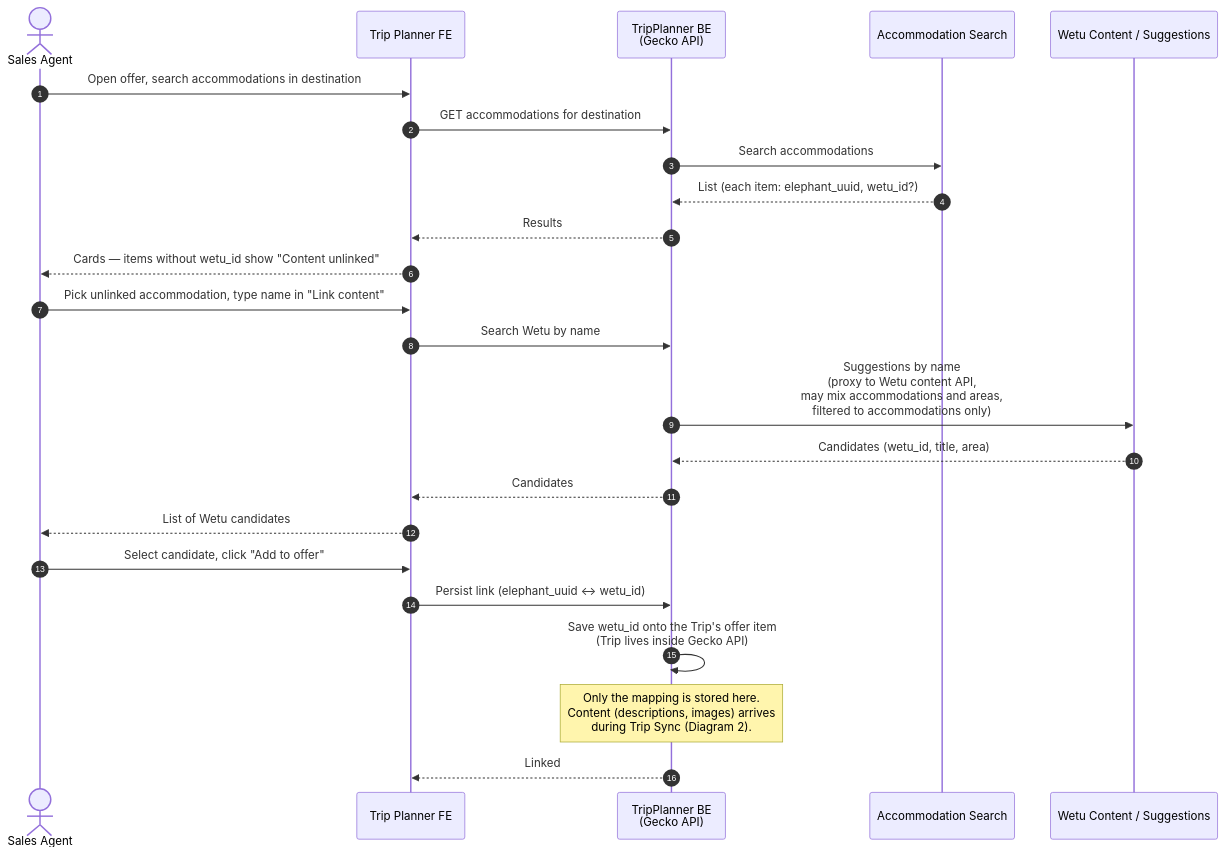
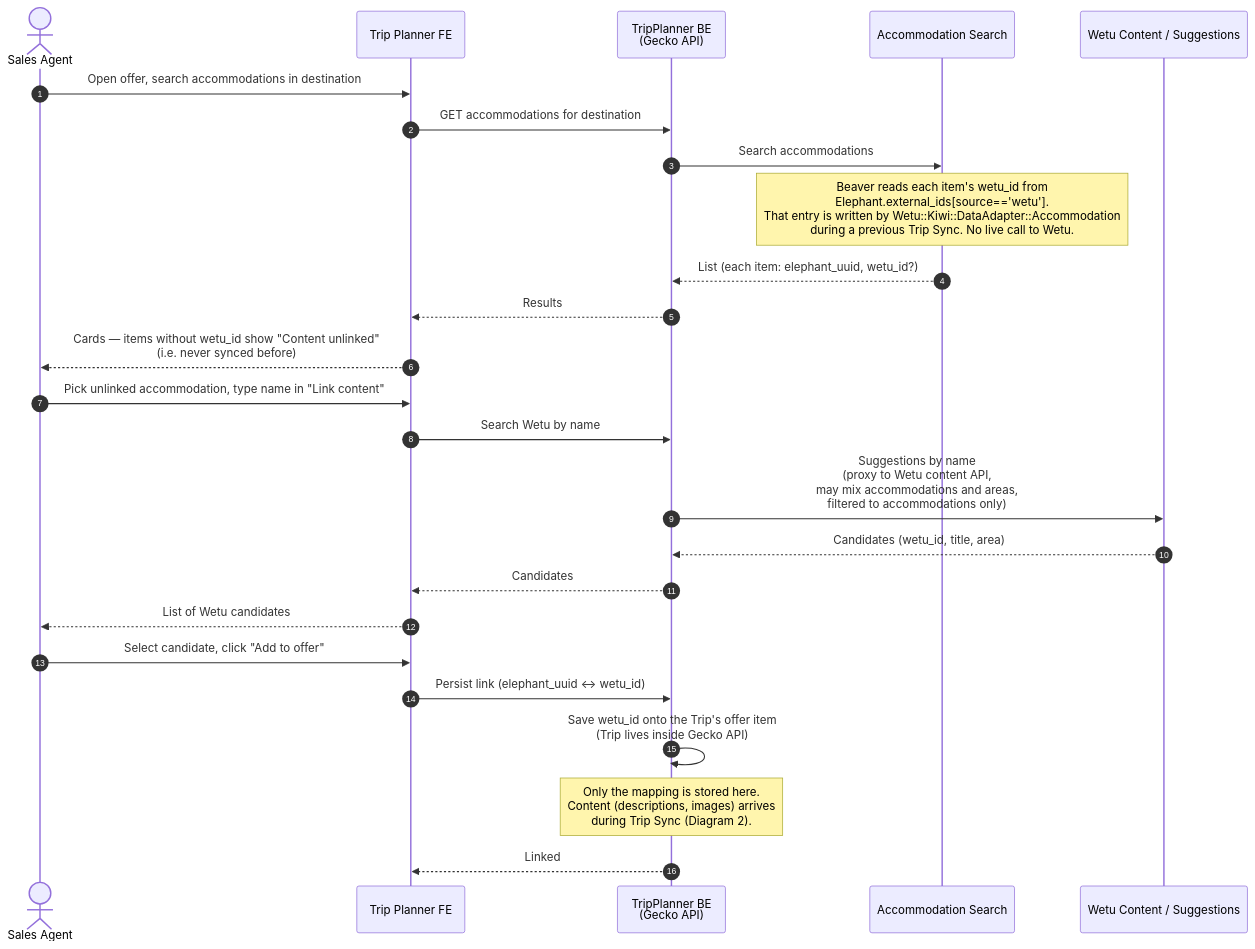
Before and after one commit to kliuchnikau-tourlane/ClaudeCowork: the first of 5 diagrams in OUTPUTS/2026-04-24_TripPlannerWetu-sequence-diagrams/TripPlannerWetu_Documentation.md, drawn with Mermaid. The commit also changed other lines of this file, not shown here.

````diff
--- a/OUTPUTS/2026-04-24_TripPlannerWetu-sequence-diagrams/TripPlannerWetu_Documentation.md
+++ b/OUTPUTS/2026-04-24_TripPlannerWetu-sequence-diagrams/TripPlannerWetu_Documentation.md
@@ -24,29 +24,30 @@
 ```mermaid
 sequenceDiagram
     autonumber
     actor Agent as Sales Agent
     participant TP as Trip Planner FE
     participant BE as TripPlanner BE<br/>(Gecko API)
     participant AS as Accommodation Search
     participant Wetu as Wetu Content / Suggestions
 
     Agent->>TP: Open offer, search accommodations in destination
     TP->>BE: GET accommodations for destination
     BE->>AS: Search accommodations
+    Note over AS: Beaver reads each item's wetu_id from<br/>Elephant.external_ids[source=='wetu'].<br/>That entry is written by Wetu::Kiwi::DataAdapter::Accommodation<br/>during a previous Trip Sync. No live call to Wetu.
     AS-->>BE: List (each item: elephant_uuid, wetu_id?)
     BE-->>TP: Results
-    TP-->>Agent: Cards — items without wetu_id show "Content unlinked"
+    TP-->>Agent: Cards — items without wetu_id show "Content unlinked"<br/>(i.e. never synced before)
 
     Agent->>TP: Pick unlinked accommodation, type name in "Link content"
     TP->>BE: Search Wetu by name
     BE->>Wetu: Suggestions by name<br/>(proxy to Wetu content API,<br/>may mix accommodations and areas,<br/>filtered to accommodations only)
     Wetu-->>BE: Candidates (wetu_id, title, area)
     BE-->>TP: Candidates
     TP-->>Agent: List of Wetu candidates
 
     Agent->>TP: Select candidate, click "Add to offer"
     TP->>BE: Persist link (elephant_uuid ↔ wetu_id)
     BE->>BE: Save wetu_id onto the Trip's offer item<br/>(Trip lives inside Gecko API)
     Note over BE: Only the mapping is stored here.<br/>Content (descriptions, images) arrives<br/>during Trip Sync (Diagram 2).
     BE-->>TP: Linked
 ```
````
